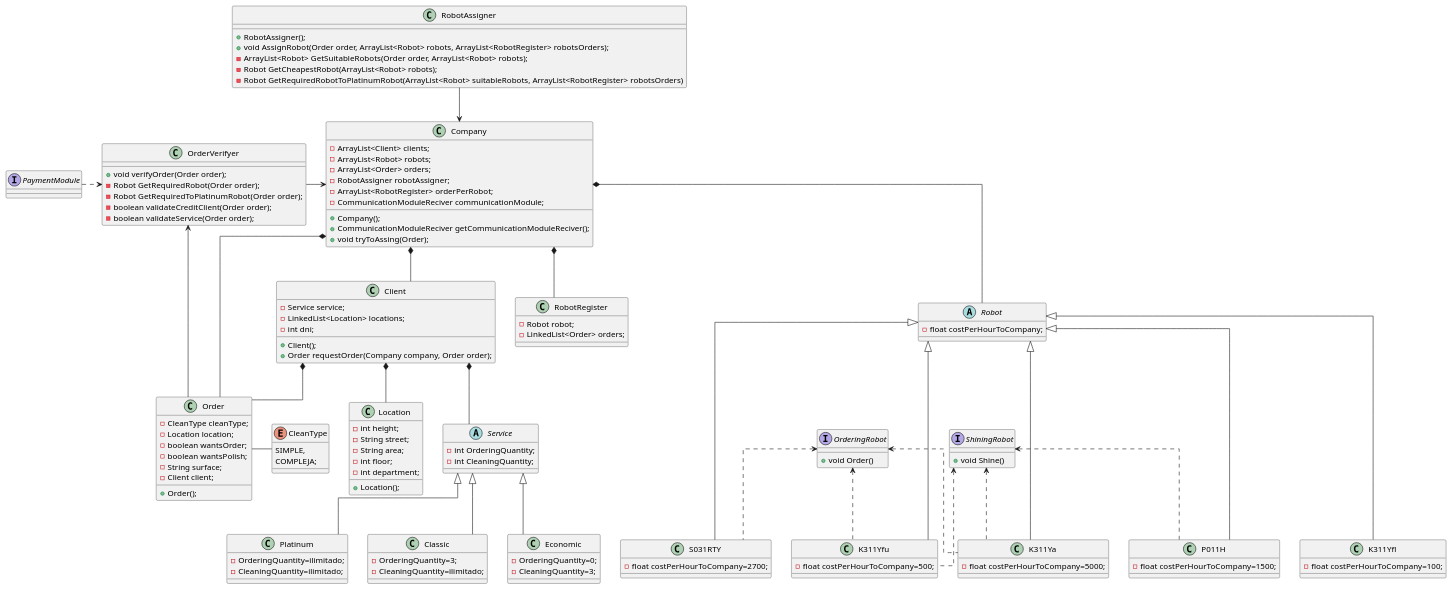
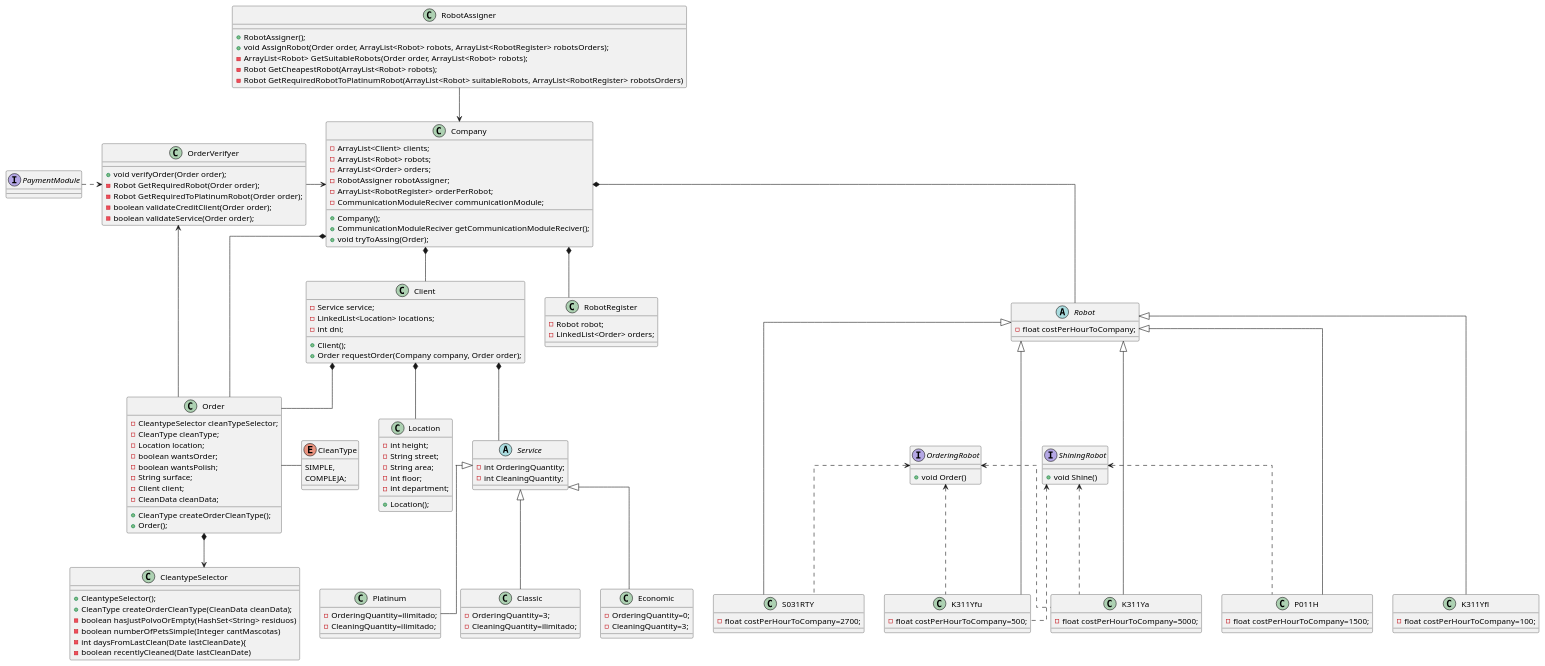
The diagram in src/main/Docs/Robotitos.puml (octex/tp-progIII-UTN-TSSI), drawn with PlantUML before and after one commit. The commit also changed 3 other files, not shown here.

```diff
--- a/src/main/Docs/Robotitos.puml
+++ b/src/main/Docs/Robotitos.puml
@@ -1,155 +1,170 @@
 @startuml
 'https://plantuml.com/class-diagram
 
 skinparam linetype ortho
 
 class Client {
     - Service service;
     - LinkedList<Location> locations;
     - int dni;
 
     + Client();
     + Order requestOrder(Company company, Order order);
 }
 
 class Location{
     - int height;
     - String street;
     - String area;
     - int floor;
     - int department;
     + Location();
 }
 
 class RobotRegister{
     - Robot robot;
     - LinkedList<Order> orders;
 }
 
 abstract Robot{
     - float costPerHourToCompany;
 }
 class S031RTY{
     - float costPerHourToCompany=2700;
 }
 class K311Yfu{
     - float costPerHourToCompany=500;
 }
 class P011H{
     - float costPerHourToCompany=1500;
 }
 class K311Ya{
     - float costPerHourToCompany=5000;
 }
 class K311Yfl{
     - float costPerHourToCompany=100;
 }
 
 interface OrderingRobot{
     + void Order()
 }
 interface ShiningRobot{
     + void Shine()
 }
 
 abstract Service{
     - int OrderingQuantity;
     - int CleaningQuantity;
 }
 class Platinum{
     - OrderingQuantity=ilimitado;
     - CleaningQuantity=ilimitado;
 }
 class Classic{
     - OrderingQuantity=3;
     - CleaningQuantity=ilimitado;
 }
 
 class Economic{
     - OrderingQuantity=0;
     - CleaningQuantity=3;
 }
 
 class Company{
     - ArrayList<Client> clients;
     - ArrayList<Robot> robots;
     - ArrayList<Order> orders;
     - RobotAssigner robotAssigner;
     - ArrayList<RobotRegister> orderPerRobot;
     - CommunicationModuleReciver communicationModule;
 
     + Company();
     + CommunicationModuleReciver getCommunicationModuleReciver();
     + void tryToAssing(Order);
 }
 
 class OrderVerifyer{
     + void verifyOrder(Order order);
     - Robot GetRequiredRobot(Order order);
     - Robot GetRequiredToPlatinumRobot(Order order);
 }
 
 class RobotAssigner{
    + RobotAssigner();
    + void AssignRobot(Order order, ArrayList<Robot> robots, ArrayList<RobotRegister> robotsOrders);
    - ArrayList<Robot> GetSuitableRobots(Order order, ArrayList<Robot> robots);
    - Robot GetCheapestRobot(ArrayList<Robot> robots);
    - Robot GetRequiredRobotToPlatinumRobot(ArrayList<Robot> suitableRobots, ArrayList<RobotRegister> robotsOrders)
 }
 
 class Order{
+    - CleantypeSelector cleanTypeSelector;
     - CleanType cleanType;
     - Location location;
     - boolean wantsOrder;
     - boolean wantsPolish;
     - String surface;
     - Client client;
-
+    - CleanData cleanData;
+    + CleanType createOrderCleanType();
     + Order();
 }
+
+class CleantypeSelector {
+
++CleantypeSelector();
++CleanType createOrderCleanType(CleanData cleanData);
+-boolean hasJustPolvoOrEmpty(HashSet<String> residuos)
+-boolean numberOfPetsSimple(Integer cantMascotas)
+-int daysFromLastClean(Date lastCleanDate){
+-boolean recentlyCleaned(Date lastCleanDate)
+}
+
+
 enum CleanType{
     SIMPLE,
     COMPLEJA;
 }
 
 class OrderVerifyer{
     - boolean validateCreditClient(Order order);
     - boolean validateService(Order order);
 }
 
 Interface PaymentModule{
 }
 
 OrderVerifyer <.left. PaymentModule
 OrderVerifyer <-- Order
 
 Service <|-- Platinum
 Service <|-- Classic
 Service <|-- Economic
 
 Company*-- Robot
 Company *-- Client
 Company *-- Order
 Company *-- RobotRegister
 Company <-left- OrderVerifyer
 Company <-up- RobotAssigner
 
 Robot <|--- K311Yfl
 Robot <|--- K311Yfu
 Robot <|--- P011H
 Robot <|--- K311Ya
 Robot <|--- S031RTY
 
 ShiningRobot <.. K311Yfu
 ShiningRobot <.. P011H
 ShiningRobot <.. K311Ya
 OrderingRobot <.. K311Yfu
 OrderingRobot <.. K311Ya
 OrderingRobot <.. S031RTY
 
 Client *-- Service
 Client *-- Location
 
+Order *-->CleantypeSelector
 Order- CleanType
 Client*--Order
 @enduml
```
